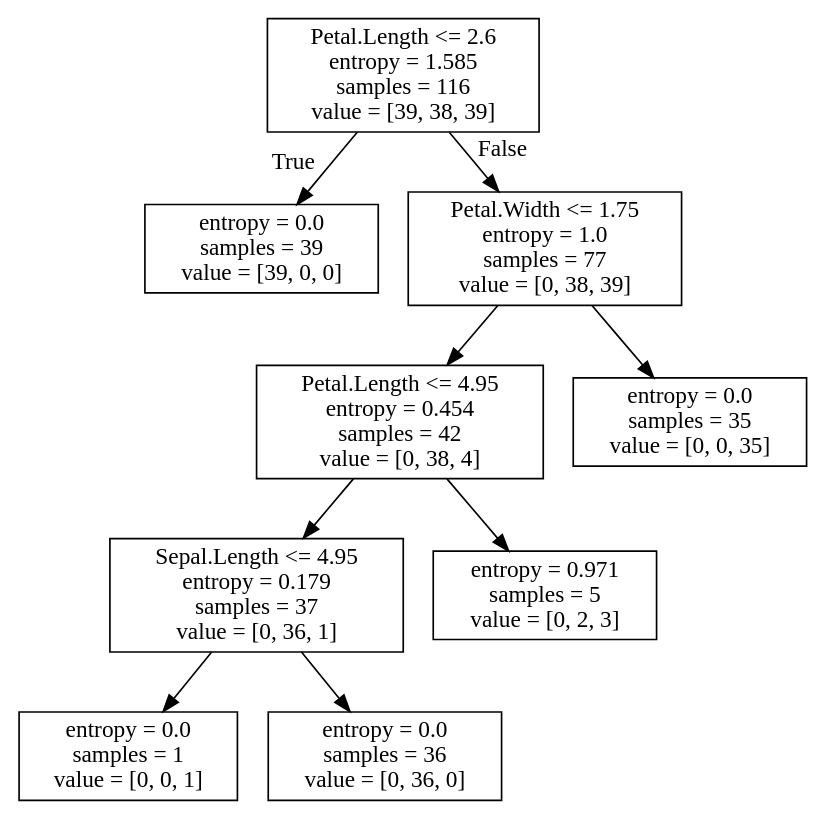
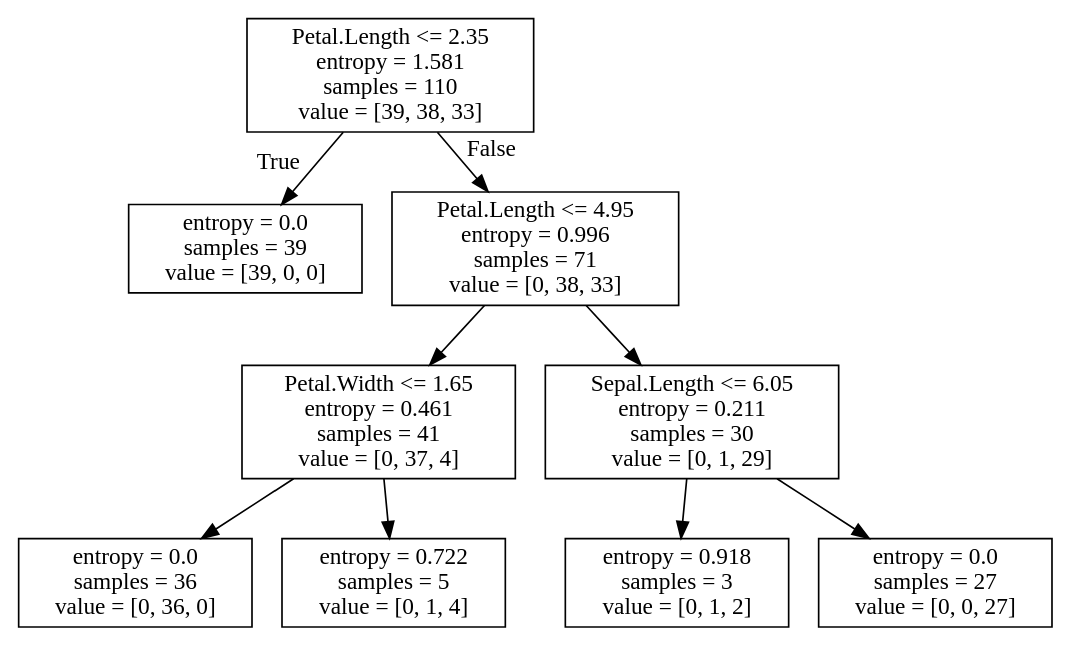
Before and after one commit to devJCM/Capacitacion_ML: the diagram in iris-dtree.dot, drawn with Graphviz. The commit also changed 23 other files, not shown here.

```diff
--- a/iris-dtree.dot
+++ b/iris-dtree.dot
@@ -1,20 +1,20 @@
 digraph Tree {
 node [shape=box] ;
-0 [label="Petal.Length <= 2.6\nentropy = 1.585\nsamples = 116\nvalue = [39, 38, 39]"] ;
+0 [label="Petal.Length <= 2.35\nentropy = 1.581\nsamples = 110\nvalue = [39, 38, 33]"] ;
 1 [label="entropy = 0.0\nsamples = 39\nvalue = [39, 0, 0]"] ;
 0 -> 1 [labeldistance=2.5, labelangle=45, headlabel="True"] ;
-2 [label="Petal.Width <= 1.75\nentropy = 1.0\nsamples = 77\nvalue = [0, 38, 39]"] ;
+2 [label="Petal.Length <= 4.95\nentropy = 0.996\nsamples = 71\nvalue = [0, 38, 33]"] ;
 0 -> 2 [labeldistance=2.5, labelangle=-45, headlabel="False"] ;
-3 [label="Petal.Length <= 4.95\nentropy = 0.454\nsamples = 42\nvalue = [0, 38, 4]"] ;
+3 [label="Petal.Width <= 1.65\nentropy = 0.461\nsamples = 41\nvalue = [0, 37, 4]"] ;
 2 -> 3 ;
-4 [label="Sepal.Length <= 4.95\nentropy = 0.179\nsamples = 37\nvalue = [0, 36, 1]"] ;
+4 [label="entropy = 0.0\nsamples = 36\nvalue = [0, 36, 0]"] ;
 3 -> 4 ;
-5 [label="entropy = 0.0\nsamples = 1\nvalue = [0, 0, 1]"] ;
-4 -> 5 ;
-6 [label="entropy = 0.0\nsamples = 36\nvalue = [0, 36, 0]"] ;
-4 -> 6 ;
-7 [label="entropy = 0.971\nsamples = 5\nvalue = [0, 2, 3]"] ;
-3 -> 7 ;
-8 [label="entropy = 0.0\nsamples = 35\nvalue = [0, 0, 35]"] ;
-2 -> 8 ;
+5 [label="entropy = 0.722\nsamples = 5\nvalue = [0, 1, 4]"] ;
+3 -> 5 ;
+6 [label="Sepal.Length <= 6.05\nentropy = 0.211\nsamples = 30\nvalue = [0, 1, 29]"] ;
+2 -> 6 ;
+7 [label="entropy = 0.918\nsamples = 3\nvalue = [0, 1, 2]"] ;
+6 -> 7 ;
+8 [label="entropy = 0.0\nsamples = 27\nvalue = [0, 0, 27]"] ;
+6 -> 8 ;
 }
```
